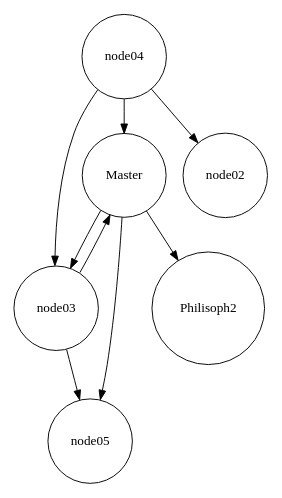
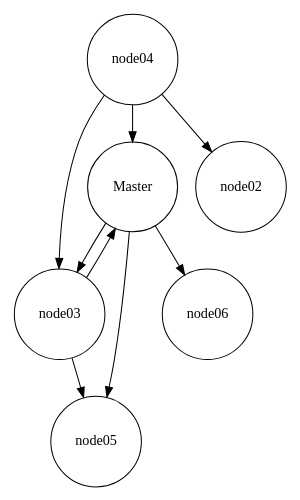
Before and after one commit to Licht2050/VAA_U1: the diagram in mygraph.dot, drawn with Graphviz. The commit also changed 1531 other files, not shown here.

```diff
--- a/mygraph.dot
+++ b/mygraph.dot
@@ -1,13 +1,13 @@
 digraph ClusterNodes {
 		rankdir=UD;
 		size="8,5"
 		node [shape = circle];
 	node04 -> Master
 	node04 -> node03
 	node04 -> node02
 	Master -> node03
 	Master -> node05
-	Master -> Philisoph2
+	Master -> node06
 	node03 -> Master
 	node03 -> node05
 }
```
